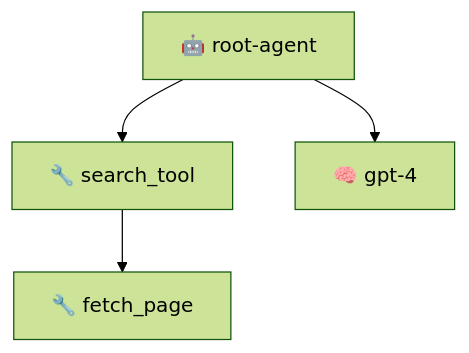
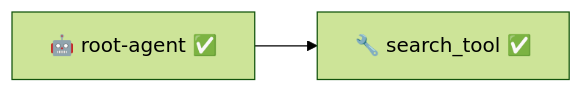
Before and after one commit to Timwood0x10/ARES: the second of 3 diagrams in docs/articles/en/16-flight-recorder-deep-dive.md, drawn with Mermaid (forest theme). The commit also changed other lines of this file and 2423 other files, not shown here.

````diff
--- a/docs/articles/en/16-flight-recorder-deep-dive.md
+++ b/docs/articles/en/16-flight-recorder-deep-dive.md
@@ -691,6 +566,6 @@
 ```mermaid
-graph TD
-    A["🤖 root-agent"] --> B["🔧 search_tool"]
-    A --> C["🧠 gpt-4"]
-    B --> D["🔧 fetch_page"]
+graph LR
+    root_1["🤖 root-agent ✅"]
+    root_1 --> child_2
+    child_2["🔧 search_tool ✅"]
 ```
````
